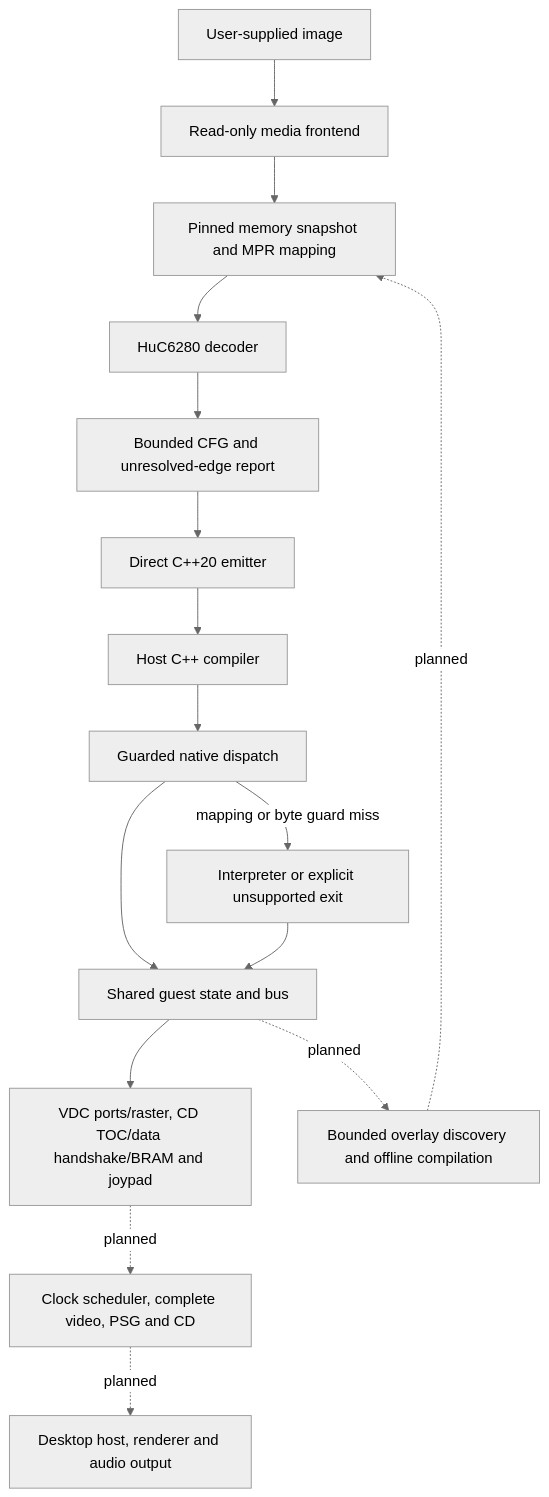
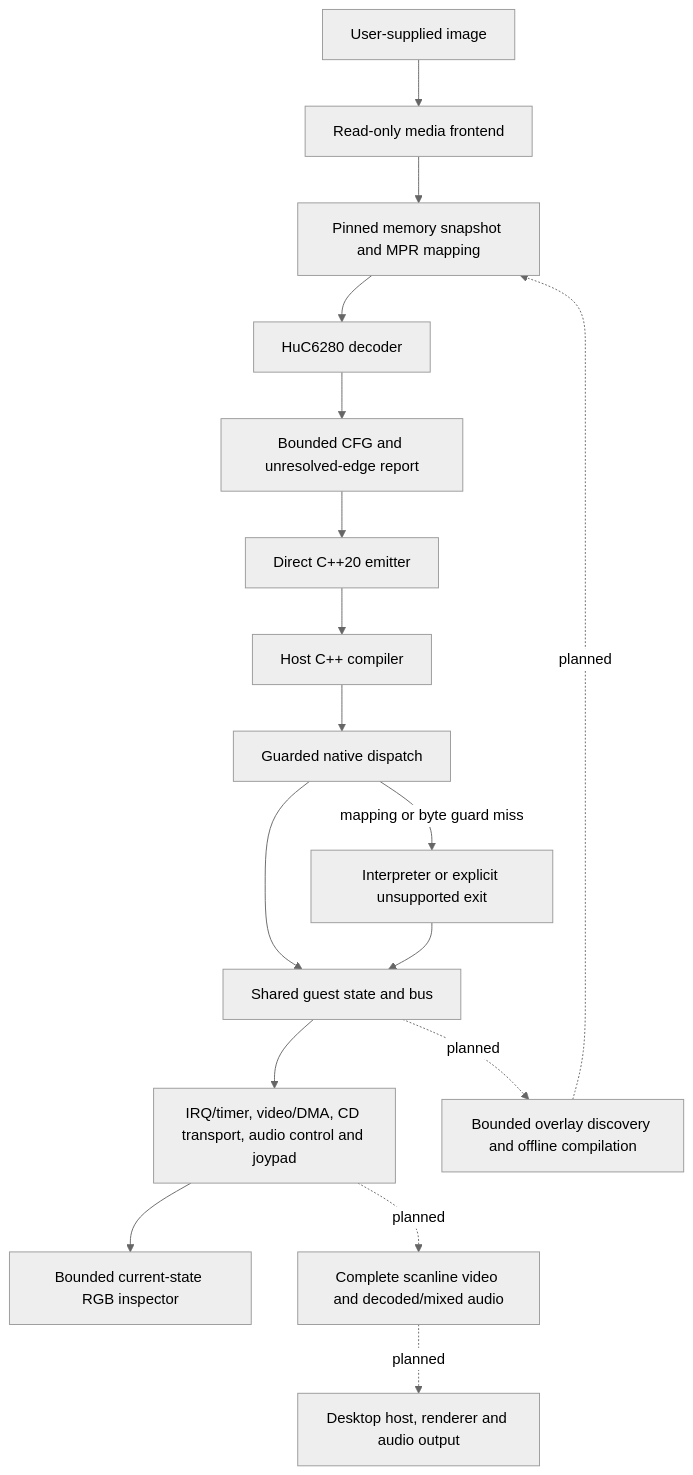
Before and after one commit to rages4calm/pcenginerecomp: the diagram in docs/ARCHITECTURE.md, drawn with Mermaid (neutral theme). The commit also changed other lines of this file and 57 other files, not shown here.

Commit message:
Add IRQ delivery and device profiles through conditional Ys III boot

````diff
--- a/docs/ARCHITECTURE.md
+++ b/docs/ARCHITECTURE.md
@@ -9,18 +9,19 @@
 ```mermaid
 flowchart TD
   Image[User-supplied image] --> Media[Read-only media frontend]
   Media --> Snapshot[Pinned memory snapshot and MPR mapping]
   Snapshot --> Decode[HuC6280 decoder]
   Decode --> CFG[Bounded CFG and unresolved-edge report]
   CFG --> Emit[Direct C++20 emitter]
   Emit --> Compiler[Host C++ compiler]
   Compiler --> Native[Guarded native dispatch]
   Native --> Bus[Shared guest state and bus]
   Native -->|mapping or byte guard miss| Fallback[Interpreter or explicit unsupported exit]
   Fallback --> Bus
-  Bus --> Profiles[VDC ports/raster, CD TOC/data handshake/BRAM and joypad]
-  Profiles -. planned .-> Devices[Clock scheduler, complete video, PSG and CD]
+  Bus --> Profiles[IRQ/timer, video/DMA, CD transport, audio control and joypad]
+  Profiles --> Inspect[Bounded current-state RGB inspector]
+  Profiles -. planned .-> Devices[Complete scanline video and decoded/mixed audio]
   Devices -. planned .-> Host[Desktop host, renderer and audio output]
   Bus -. planned .-> Capture[Bounded overlay discovery and offline compilation]
   Capture -. planned .-> Snapshot
 ```
````
